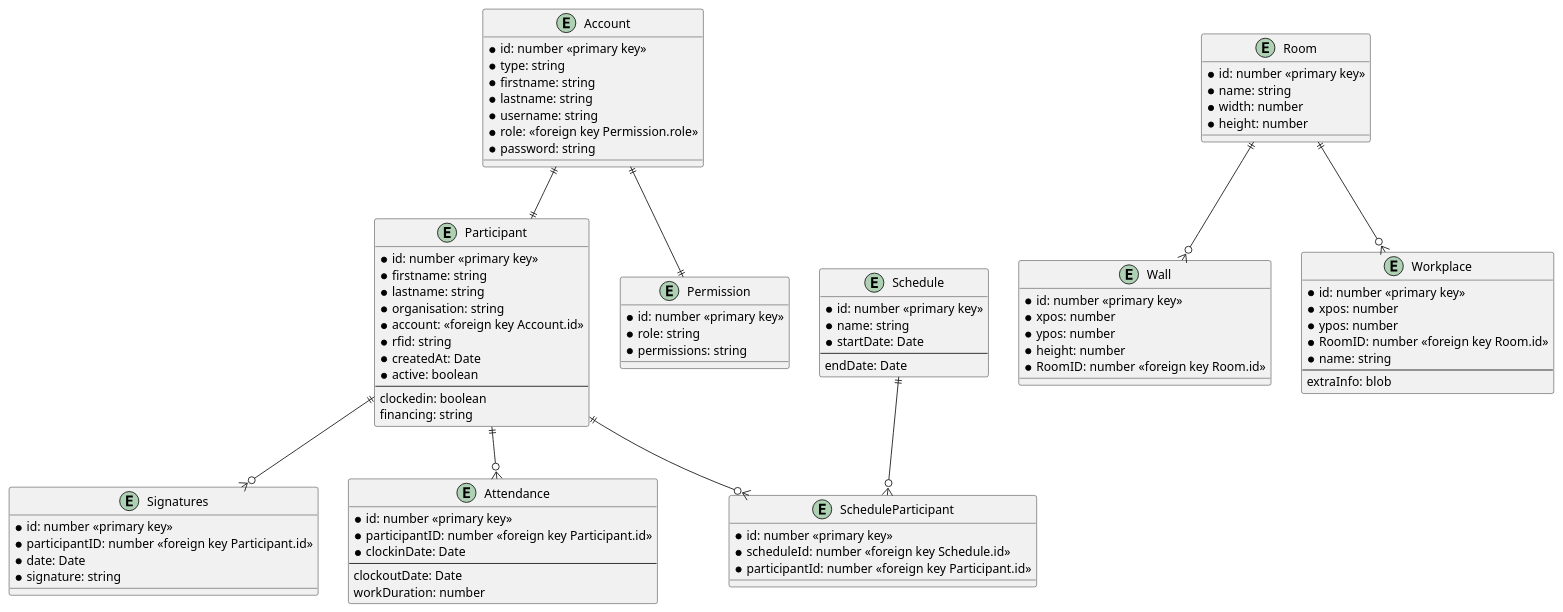
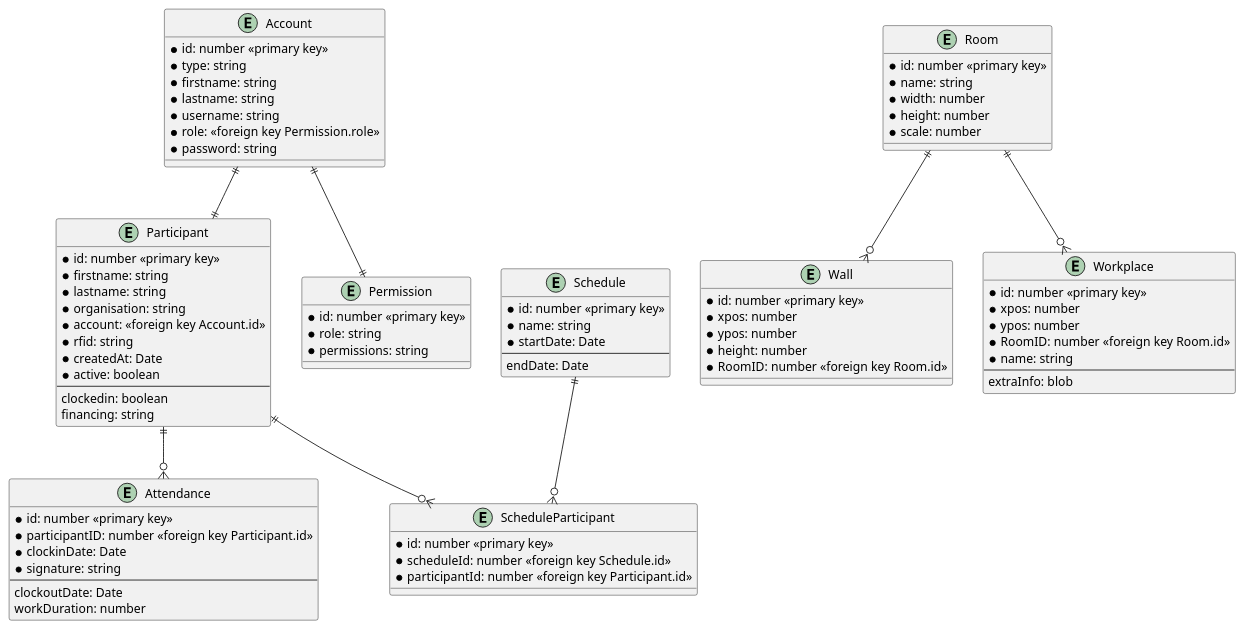
The diagram in documentation/databasemodel.plantuml (BitsEnBytesICT/Bits-Bytes-management-platform), drawn with PlantUML before and after one commit. The commit also changed 7 other files, not shown here.

```diff
--- a/documentation/databasemodel.plantuml
+++ b/documentation/databasemodel.plantuml
@@ -1,96 +1,90 @@
 @startuml
 
 entity Account {
     * id: number <<primary key>>
     * type: string
     * firstname: string
     * lastname: string
     * username: string
     * role: <<foreign key Permission.role>>
     * password: string
 }
 
 entity Participant {
     * id: number <<primary key>>
     * firstname: string
     * lastname: string
     * organisation: string
     * account: <<foreign key Account.id>>
     * rfid: string
     * createdAt: Date
     * active: boolean
     --
     clockedin: boolean
     financing: string
 }
 
-entity Signatures {
-    * id: number <<primary key>>
-    * participantID: number <<foreign key Participant.id>>
-    * date: Date
-    * signature: string
-}
-
 entity Attendance {
     * id: number <<primary key>>
     * participantID: number <<foreign key Participant.id>>
     * clockinDate: Date
+    * signature: string
     --
     clockoutDate: Date
     workDuration: number
 }
 
 entity Permission {
     * id: number <<primary key>>
     * role: string
     * permissions: string
 }
 
 entity Room {
     * id: number <<primary key>>
     * name: string
     * width: number
     * height: number
+    * scale: number
 }
 
 entity Wall {
     * id: number <<primary key>>
     * xpos: number
     * ypos: number
     * height: number
     * RoomID: number <<foreign key Room.id>>
 }
 
 entity Workplace {
     * id: number <<primary key>>
     * xpos: number
     * ypos: number
     * RoomID: number <<foreign key Room.id>>
     * name: string
     --
     extraInfo: blob
 }
 
 entity Schedule {
     * id: number <<primary key>>
     * name: string
     * startDate: Date
     --
     endDate: Date
 }
 
 entity ScheduleParticipant {
     * id: number <<primary key>>
     * scheduleId: number <<foreign key Schedule.id>>
     * participantId: number <<foreign key Participant.id>>
 }
 
 Account ||--|| Permission
 Account ||--|| Participant
-Participant ||--o{ Signatures
 Participant ||--o{ Attendance
 Participant ||--o{ ScheduleParticipant
 Schedule ||--o{ ScheduleParticipant
 Room ||--o{ Wall
 Room ||--o{ Workplace
 @enduml
```
